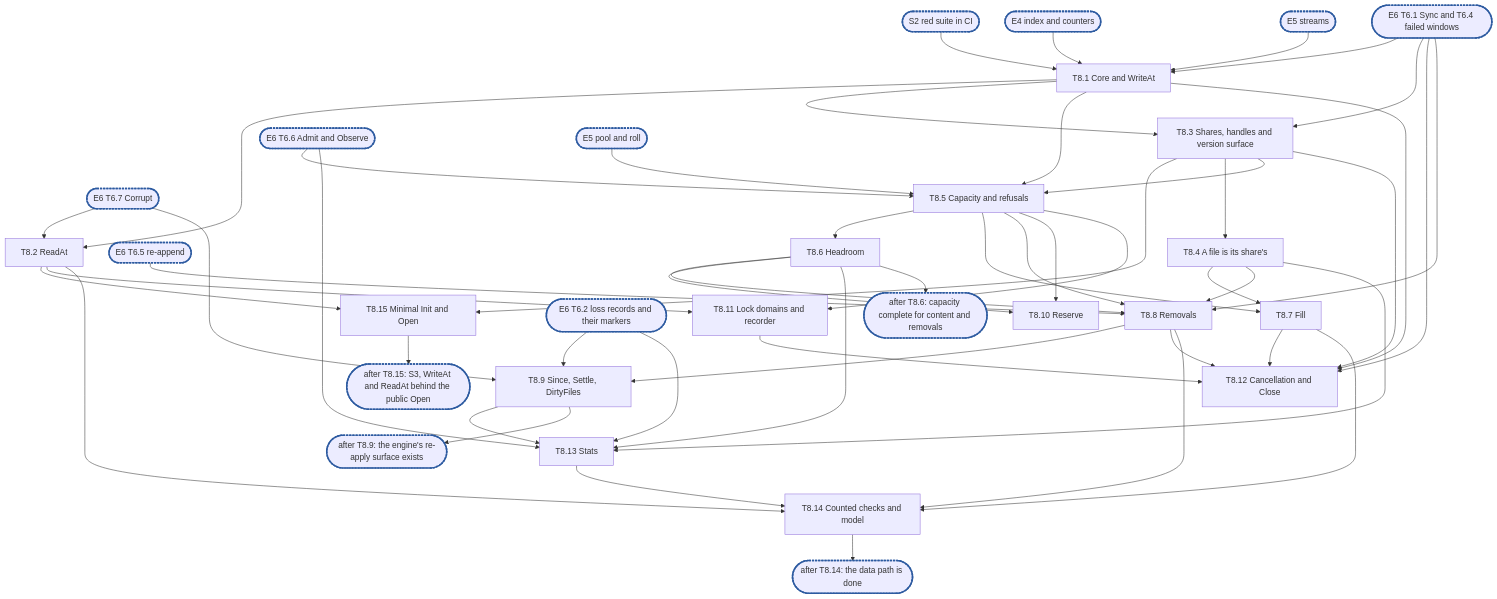
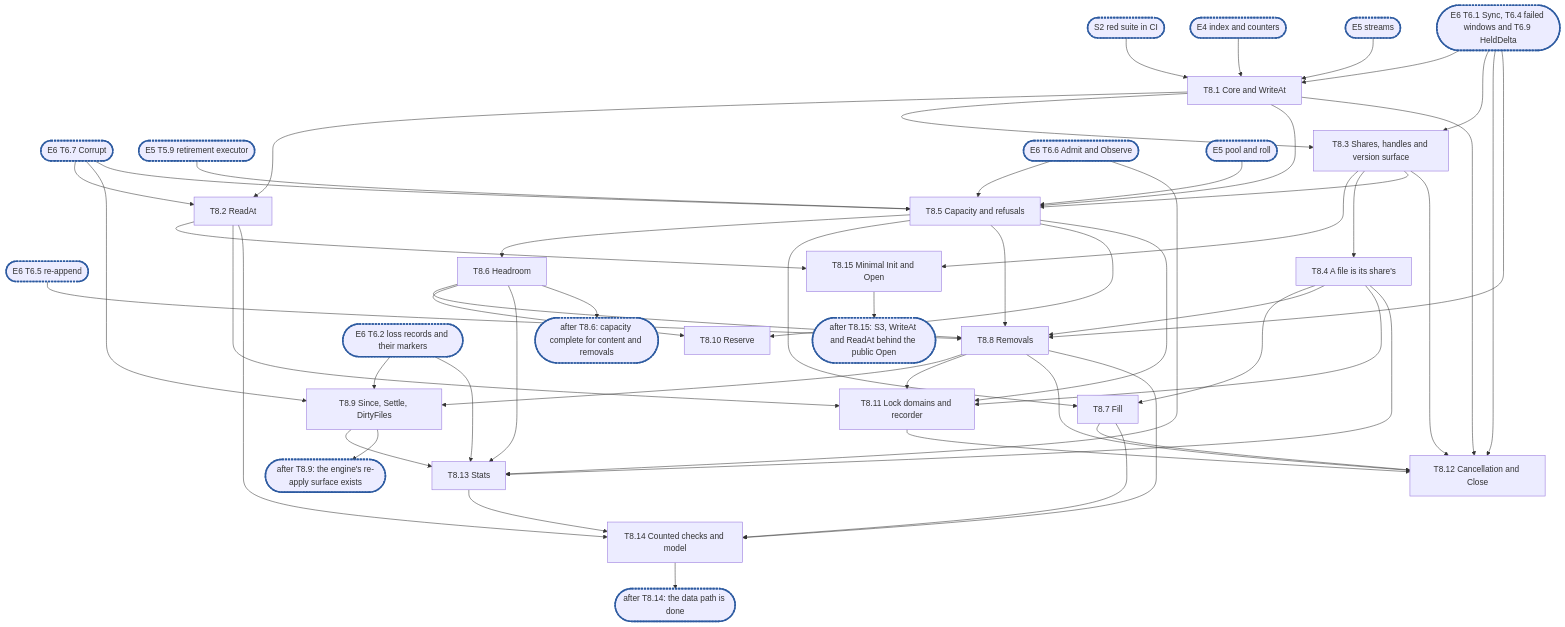
The diagram in docs/internals/planning/rfc-1-journal-epic8.md (marmos91/dittofs), drawn with Mermaid before and after one commit. The commit also changed other lines of this file and 3 other files, not shown here.

````diff
--- a/docs/internals/planning/rfc-1-journal-epic8.md
+++ b/docs/internals/planning/rfc-1-journal-epic8.md
@@ -1255,53 +1290,57 @@
 ```mermaid
 flowchart TD
   S2(["S2 red suite in CI"]):::sync --> T1["T8.1 Core and WriteAt"]
   E4(["E4 index and counters"]):::sync --> T1
   E5s(["E5 streams"]):::sync --> T1
-  E6a(["E6 T6.1 Sync and T6.4 failed windows"]):::sync --> T1
+  E6a(["E6 T6.1 Sync, T6.4 failed windows and T6.9 HeldDelta"]):::sync --> T1
   E6c(["E6 T6.7 Corrupt"]):::sync --> T2
   E6c --> T9
+  E6c --> T5
+  E5r(["E5 T5.9 retirement executor"]):::sync --> T5
   E6x(["E6 T6.5 re-append"]):::sync --> T8
   E6a --> T3
   E6a --> T12
   E6r(["E6 T6.6 Admit and Observe"]):::sync --> T5
   E6r --> T13
   T1 --> T2["T8.2 ReadAt"]
   T1 --> T3["T8.3 Shares, handles and version surface"]
   T2 --> T15["T8.15 Minimal Init and Open"]
   T3 --> T15
   T15 --> C1(["after T8.15: S3, WriteAt and ReadAt behind the public Open"]):::sync
   T3 --> T4["T8.4 A file is its share's"]
   T1 --> T5["T8.5 Capacity and refusals"]
   T3 --> T5
   E5p(["E5 pool and roll"]):::sync --> T5
   T5 --> T6["T8.6 Headroom"]
   T5 --> T7["T8.7 Fill"]
   T4 --> T7
   T4 --> T8["T8.8 Removals"]
   T5 --> T8
   T6 --> T8
   E6a --> T8
   T5 --> T10["T8.10 Reserve"]
   T6 --> T10
   T8 --> T9["T8.9 Since, Settle, DirtyFiles"]
   E6l(["E6 T6.2 loss records and their markers"]):::sync --> T9
   E6l --> T13
   T2 --> T11["T8.11 Lock domains and recorder"]
   T5 --> T11
+  T4 --> T11
+  T8 --> T11
   T1 --> T12["T8.12 Cancellation and Close"]
   T3 --> T12
   T7 --> T12
   T8 --> T12
   T11 --> T12
   T4 --> T13["T8.13 Stats"]
   T6 --> T13
   T9 --> T13
   T2 --> T14["T8.14 Counted checks and model"]
   T7 --> T14
   T8 --> T14
   T13 --> T14
   T6 --> C2(["after T8.6: capacity complete for content and removals"]):::sync
   T9 --> C3(["after T8.9: the engine's re-apply surface exists"]):::sync
   T14 --> C4(["after T8.14: the data path is done"]):::sync
   classDef sync stroke:#2c5aa0,stroke-width:3px,stroke-dasharray:4 2
 ```
````
